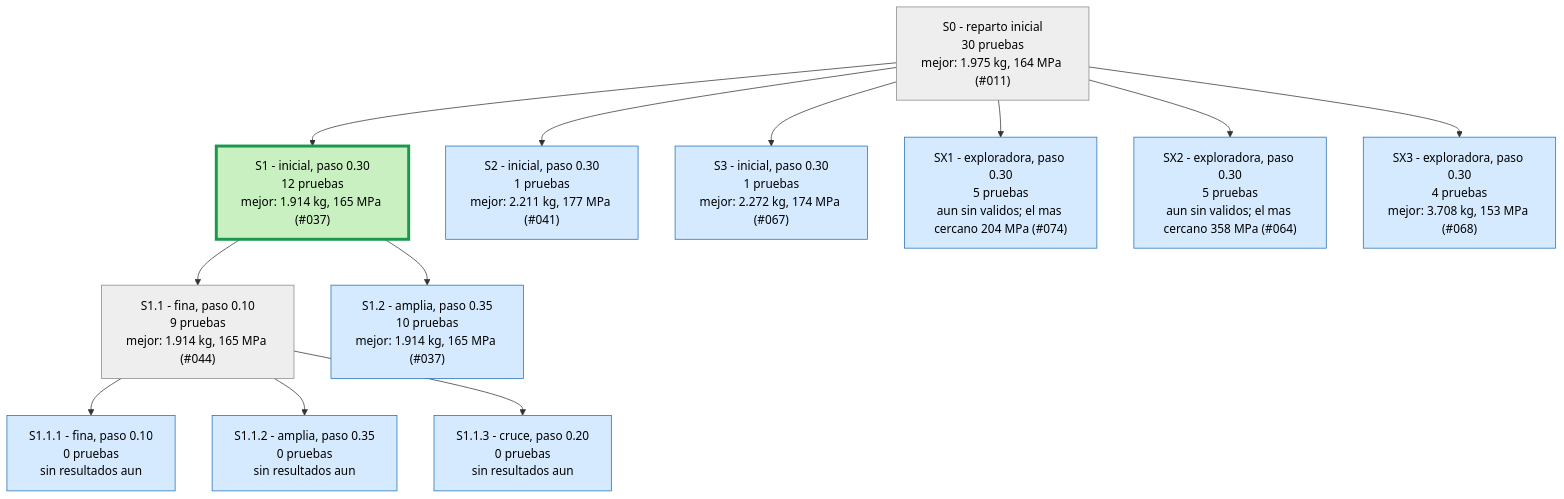
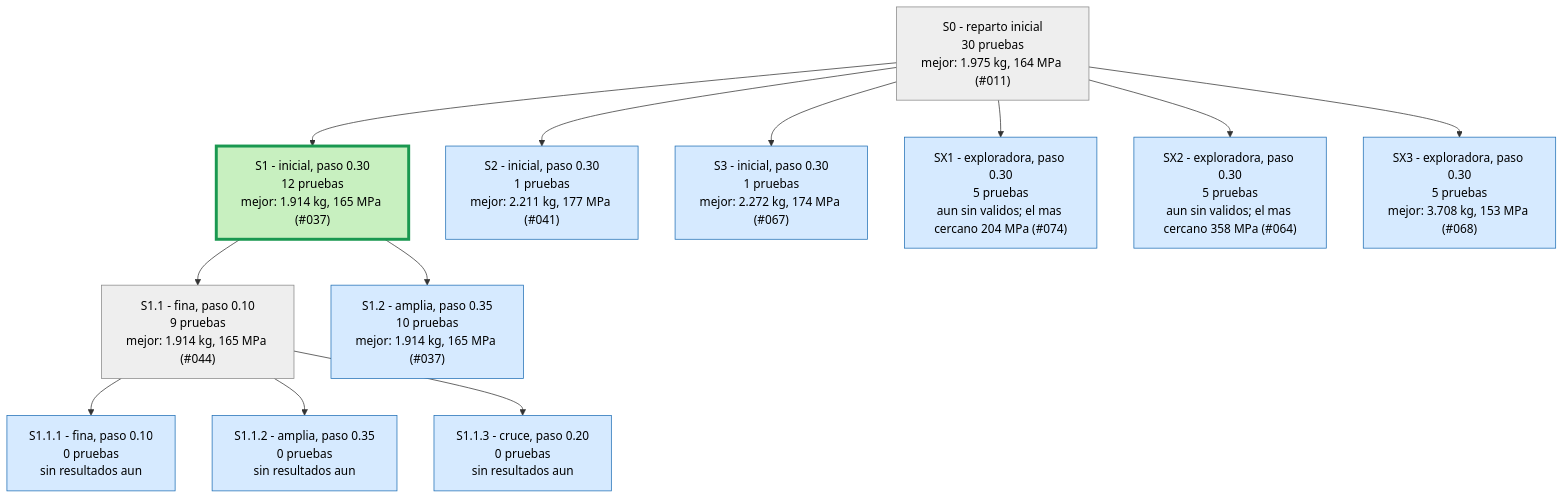
The first of 4 diagrams in runs/opt_37800N/ARBOL.md (Hugiko/msd-soporte-optimizacion), drawn with Mermaid before and after one commit. The commit also changed 14 other files, not shown here.

````diff
--- a/runs/opt_37800N/ARBOL.md
+++ b/runs/opt_37800N/ARBOL.md
@@ -9,29 +9,29 @@
 ```mermaid
 graph TD
 classDef activa fill:#d6eaff,stroke:#1f6fb5,color:#000
 classDef fin fill:#eeeeee,stroke:#888,color:#000
 classDef mejor fill:#c8f0c0,stroke:#1a9850,stroke-width:4px,color:#000
 S0["S0 - reparto inicial<br/>30 pruebas<br/>mejor: 1.975 kg, 164 MPa (#011)"]:::fin
 S1["S1 - inicial, paso 0.30<br/>12 pruebas<br/>mejor: 1.914 kg, 165 MPa (#037)"]:::mejor
 S0 --> S1
 S2["S2 - inicial, paso 0.30<br/>1 pruebas<br/>mejor: 2.211 kg, 177 MPa (#041)"]:::activa
 S0 --> S2
 S3["S3 - inicial, paso 0.30<br/>1 pruebas<br/>mejor: 2.272 kg, 174 MPa (#067)"]:::activa
 S0 --> S3
 S1_1["S1.1 - fina, paso 0.10<br/>9 pruebas<br/>mejor: 1.914 kg, 165 MPa (#044)"]:::fin
 S1 --> S1_1
 S1_2["S1.2 - amplia, paso 0.35<br/>10 pruebas<br/>mejor: 1.914 kg, 165 MPa (#037)"]:::activa
 S1 --> S1_2
 S1_1_1["S1.1.1 - fina, paso 0.10<br/>0 pruebas<br/>sin resultados aun"]:::activa
 S1_1 --> S1_1_1
 S1_1_2["S1.1.2 - amplia, paso 0.35<br/>0 pruebas<br/>sin resultados aun"]:::activa
 S1_1 --> S1_1_2
 S1_1_3["S1.1.3 - cruce, paso 0.20<br/>0 pruebas<br/>sin resultados aun"]:::activa
 S1_1 --> S1_1_3
 SX1["SX1 - exploradora, paso 0.30<br/>5 pruebas<br/>aun sin validos; el mas cercano 204 MPa (#074)"]:::activa
 S0 --> SX1
 SX2["SX2 - exploradora, paso 0.30<br/>5 pruebas<br/>aun sin validos; el mas cercano 358 MPa (#064)"]:::activa
 S0 --> SX2
-SX3["SX3 - exploradora, paso 0.30<br/>4 pruebas<br/>mejor: 3.708 kg, 153 MPa (#068)"]:::activa
+SX3["SX3 - exploradora, paso 0.30<br/>5 pruebas<br/>mejor: 3.708 kg, 153 MPa (#068)"]:::activa
 S0 --> SX3
 ```
````
